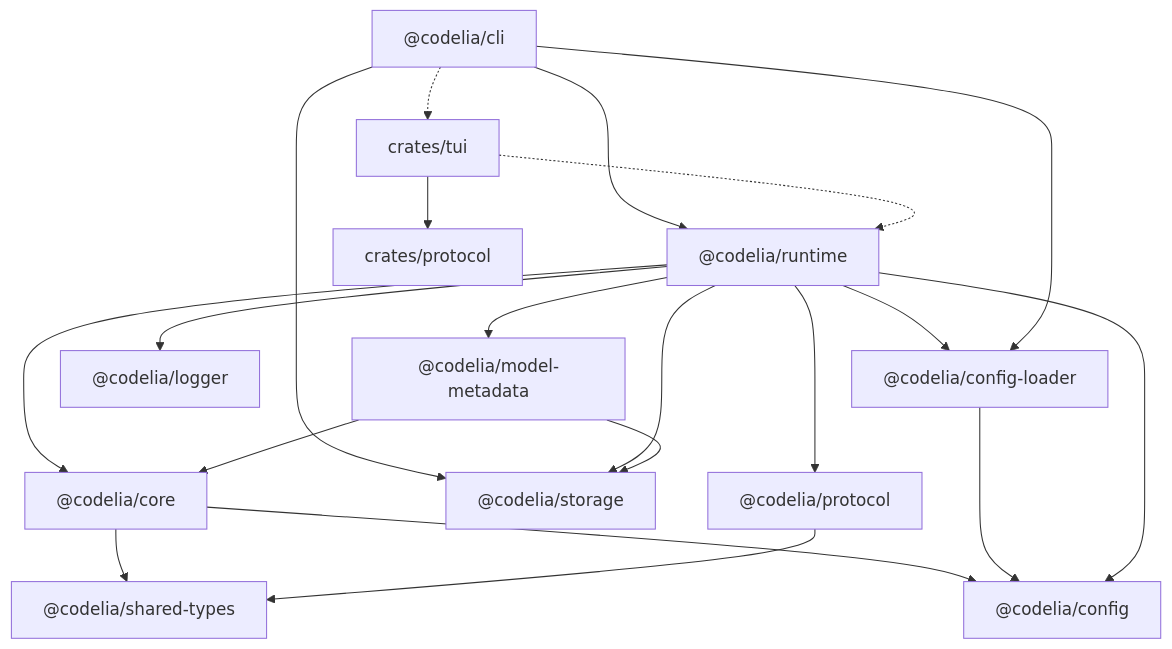
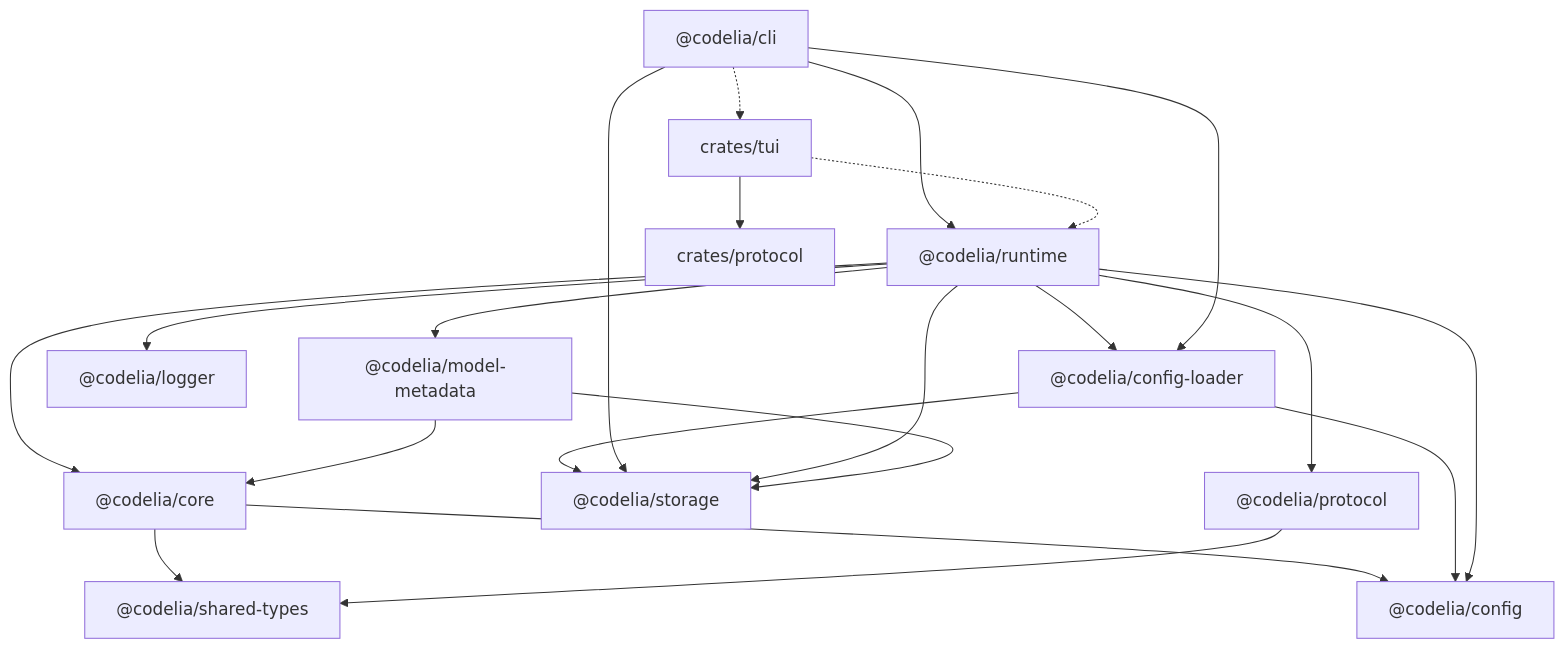
The diagram in dev-docs/reference-architecture.md (kousw/codelia), drawn with Mermaid before and after one commit. The commit also changed 38 other files, not shown here.

````diff
--- a/dev-docs/reference-architecture.md
+++ b/dev-docs/reference-architecture.md
@@ -84,35 +84,36 @@
 ```mermaid
 graph TD
   core["@codelia/core"]
   shared["@codelia/shared-types"]
   storage["@codelia/storage"]
   protocol["@codelia/protocol"]
   config["@codelia/config"]
   configloader["@codelia/config-loader"]
   runtime["@codelia/runtime"]
   logger["@codelia/logger"]
   cli["@codelia/cli"]
   modelmeta["@codelia/model-metadata"]
   tui["crates/tui"]
   rust_protocol["crates/protocol"]
 
   core --> shared
   core --> config
   protocol --> shared
   configloader --> config
+  configloader --> storage
   runtime --> core
   runtime --> logger
   runtime --> protocol
   runtime --> config
   runtime --> configloader
   cli --> runtime
   cli --> configloader
   cli --> storage
   cli -.-> tui
   runtime --> modelmeta
   runtime --> storage
   modelmeta --> core
   modelmeta --> storage
   tui --> rust_protocol
   tui -.-> runtime
 ```
````
